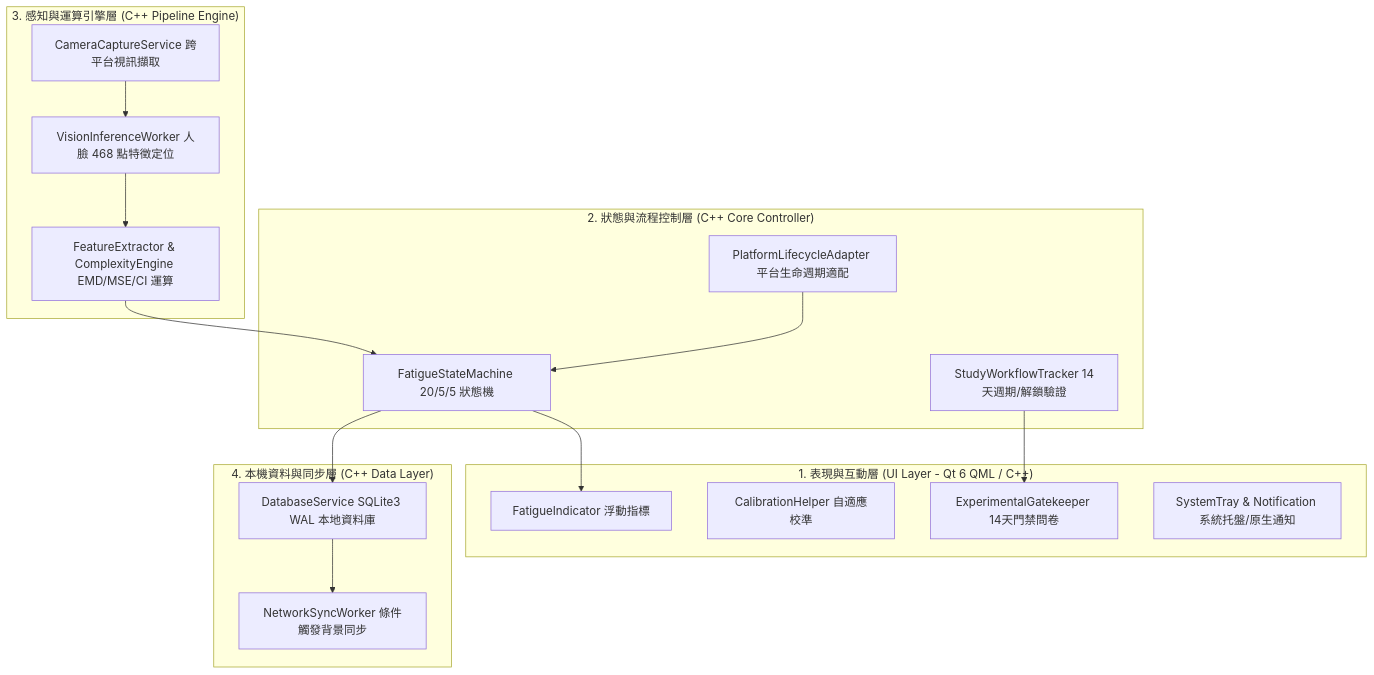
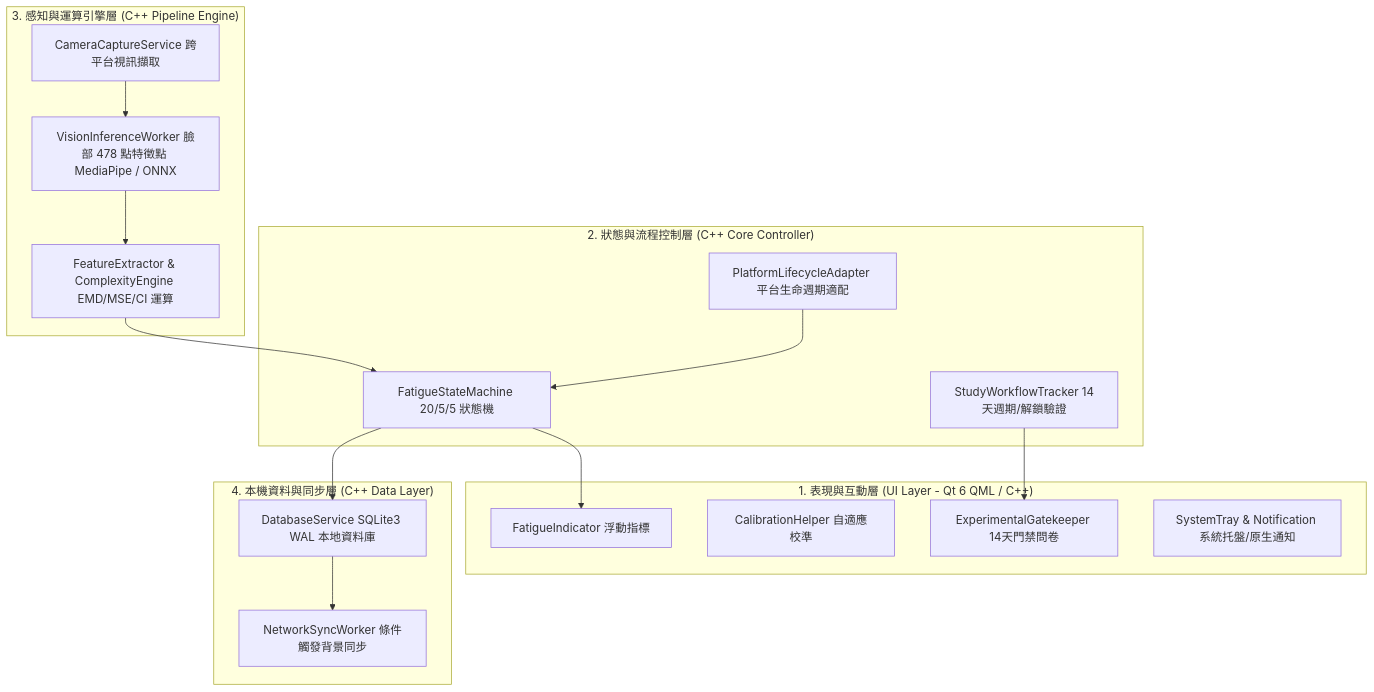
The diagram in System design.md (ourboros/EFD), drawn with Mermaid before and after one commit. The commit also changed other lines of this file and 8 other files, not shown here.

````diff
--- a/System design.md
+++ b/System design.md
@@ -29,33 +29,33 @@
 ```mermaid
 graph TB
     subgraph UI_Layer ["1. 表現與互動層 (UI Layer - Qt 6 QML / C++)"]
         Indicator[FatigueIndicator 浮動指標]
         Calib[CalibrationHelper 自適應校準]
         Gatekeeper[ExperimentalGatekeeper 14天門禁問卷]
         Tray[SystemTray & Notification 系統托盤/原生通知]
     end
 
     subgraph State_Layer ["2. 狀態與流程控制層 (C++ Core Controller)"]
         FSM[FatigueStateMachine 20/5/5 狀態機]
         Tracker[StudyWorkflowTracker 14天週期/解鎖驗證]
         Adapter[PlatformLifecycleAdapter 平台生命週期適配]
     end
 
     subgraph Engine_Layer ["3. 感知與運算引擎層 (C++ Pipeline Engine)"]
         Cam[CameraCaptureService 跨平台視訊擷取]
-        Vision[VisionInferenceWorker 人臉 468 點特徵定位]
+        Vision[VisionInferenceWorker 臉部 478 點特徵點 MediaPipe / ONNX]
         Signals[FeatureExtractor & ComplexityEngine EMD/MSE/CI 運算]
     end
 
     subgraph Storage_Layer ["4. 本機資料與同步層 (C++ Data Layer)"]
         DB[DatabaseService SQLite3 WAL 本地資料庫]
         Sync[NetworkSyncWorker 條件觸發背景同步]
     end
 
     Cam --> Vision --> Signals --> FSM
     FSM --> Indicator
     FSM --> DB
     Tracker --> Gatekeeper
     Adapter --> FSM
     DB --> Sync
 ```
````
